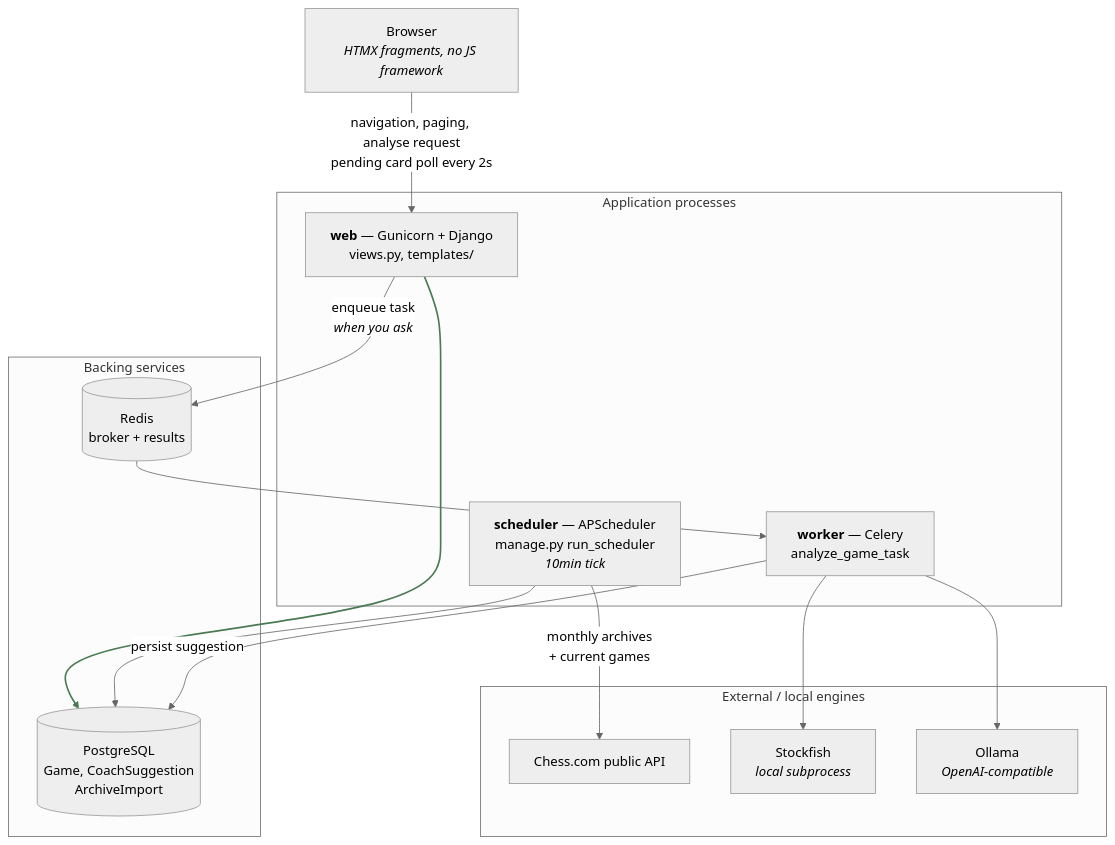
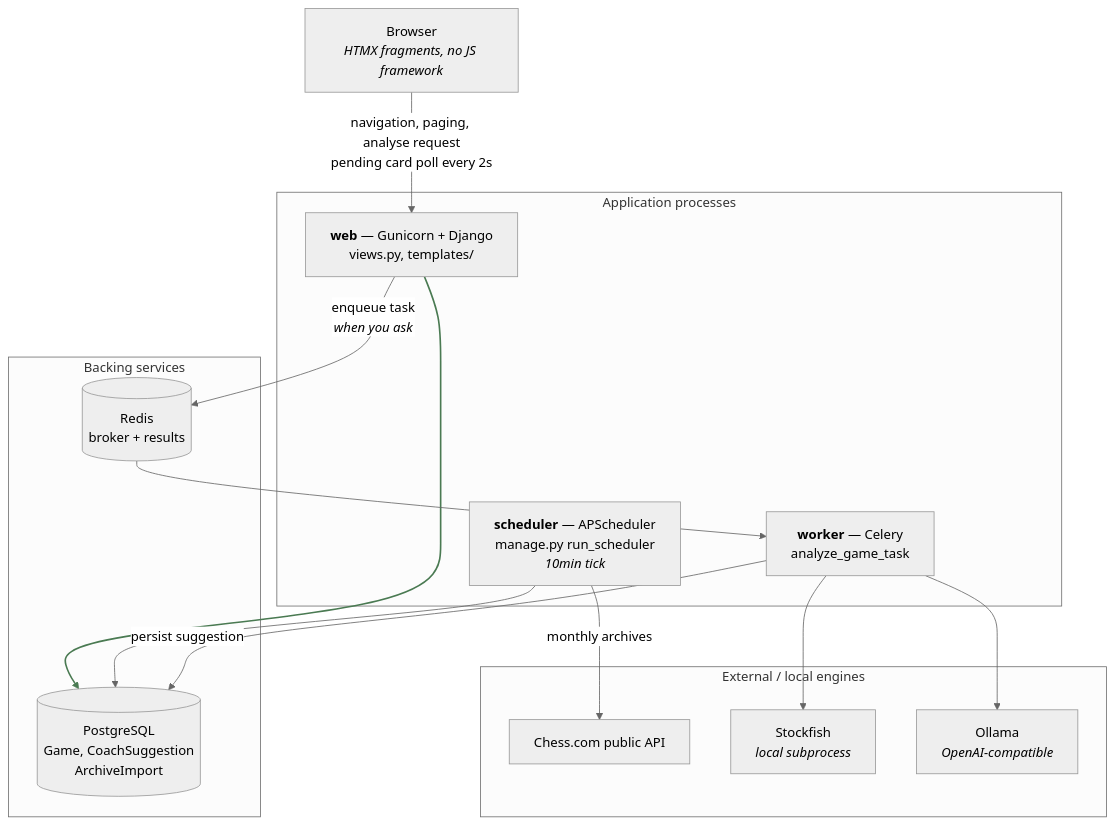
Before and after one commit to gab-25/chessdotcom_ai_coach: the first of 2 diagrams in docs/architecture.md, drawn with Mermaid (neutral theme). The commit also changed other lines of this file and 13 other files, not shown here.

````diff
--- a/docs/architecture.md
+++ b/docs/architecture.md
@@ -27,33 +27,33 @@
 ```mermaid
 graph TD
     Browser["Browser<br/><i>HTMX fragments, no JS framework</i>"]
 
     subgraph app["Application processes"]
         Web["<b>web</b> — Gunicorn + Django<br/>views.py, templates/"]
         Sched["<b>scheduler</b> — APScheduler<br/>manage.py run_scheduler<br/><i>10min tick</i>"]
         Worker["<b>worker</b> — Celery<br/>analyze_game_task"]
     end
 
     subgraph infra["Backing services"]
         PG[("PostgreSQL<br/>Game, CoachSuggestion<br/>ArchiveImport")]
         Redis[("Redis<br/>broker + results")]
     end
 
     subgraph ext["External / local engines"]
         ChessCom["Chess.com public API"]
         SF["Stockfish<br/><i>local subprocess</i>"]
         LLM["Ollama<br/><i>OpenAI-compatible</i>"]
     end
 
     Browser -->|"navigation, paging, analyse request<br/>pending card poll every 2s"| Web
     Web --> PG
-    Sched -->|"monthly archives<br/>+ current games"| ChessCom
+    Sched -->|"monthly archives"| ChessCom
     Sched --> PG
     Web -->|"enqueue task<br/><i>when you ask</i>"| Redis
     Redis --> Worker
     Worker --> SF
     Worker --> LLM
     Worker -->|"persist suggestion"| PG
 
     linkStyle 1 stroke:#4a7a52,stroke-width:2px
 ```
````
